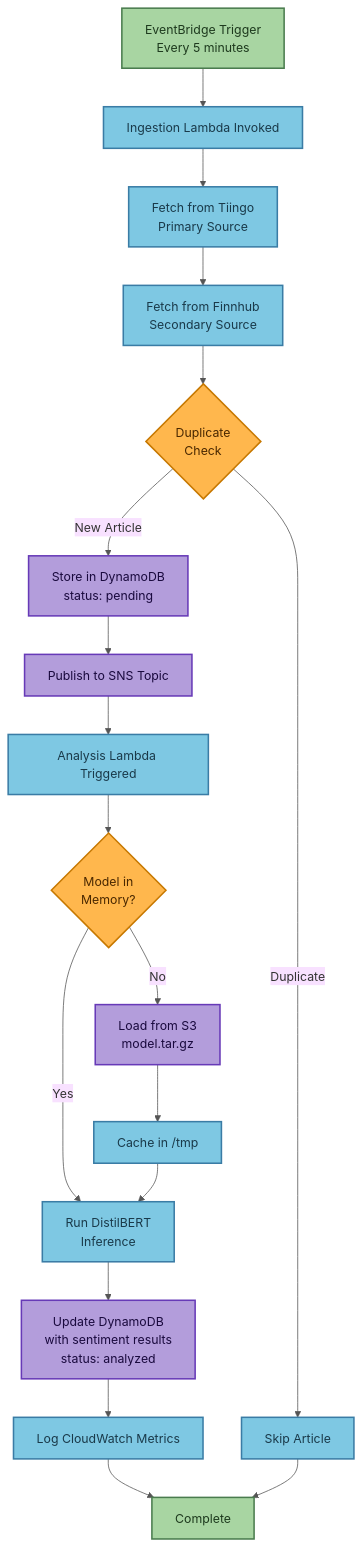
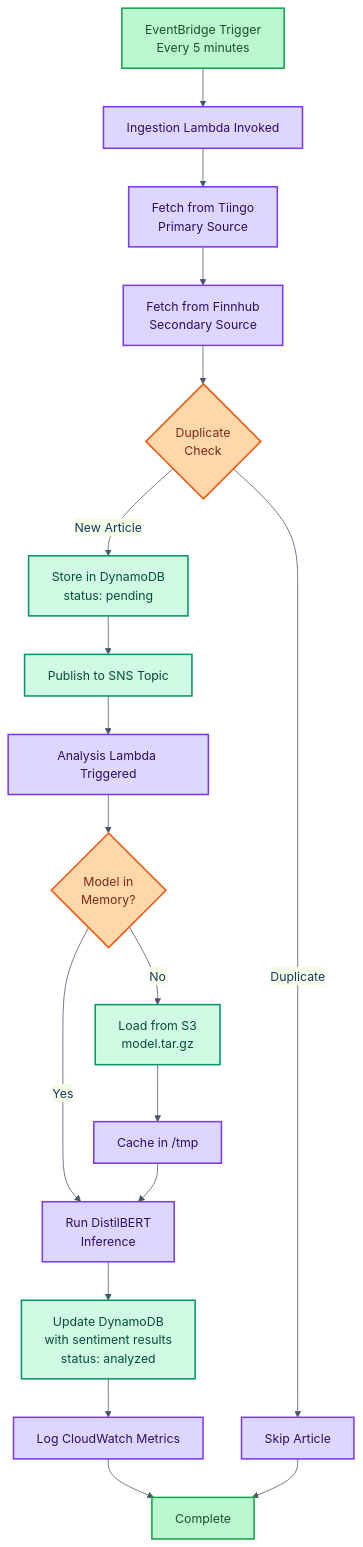
Before and after one commit to traylorre/sentiment-analyzer-gsk: the first of 10 diagrams in docs/OPERATIONAL_FLOWS.md, drawn with Mermaid. The commit also changed other lines of this file and 3 other files, not shown here.

First line of the commit message:
docs: Update all diagrams with unified WCAG-compliant color palette

````diff
--- a/docs/OPERATIONAL_FLOWS.md
+++ b/docs/OPERATIONAL_FLOWS.md
@@ -35,31 +35,31 @@
 ```mermaid
-%%{init: {'theme':'base', 'themeVariables': {'primaryColor':'#fff8e1', 'primaryTextColor':'#333', 'primaryBorderColor':'#c9a227', 'lineColor':'#555'}}}%%
+%%{init: {'theme': 'base', 'themeVariables': {'primaryColor': '#e8f4fd', 'primaryTextColor': '#1a365d', 'primaryBorderColor': '#3182ce', 'lineColor': '#4a5568'}}}%%
 flowchart TD
     Start[EventBridge Trigger<br/>Every 5 minutes] --> Ingest[Ingestion Lambda Invoked]
     Ingest --> FetchTiingo[Fetch from Tiingo<br/>Primary Source]
     FetchTiingo --> FetchFinnhub[Fetch from Finnhub<br/>Secondary Source]
     FetchFinnhub --> CheckDup{Duplicate<br/>Check}
     CheckDup -->|New Article| StoreDDB[Store in DynamoDB<br/>status: pending]
     CheckDup -->|Duplicate| Skip[Skip Article]
     StoreDDB --> PublishSNS[Publish to SNS Topic]
     PublishSNS --> AnalysisLambda[Analysis Lambda Triggered]
     AnalysisLambda --> LoadModel{Model in<br/>Memory?}
     LoadModel -->|No| FetchS3[Load from S3<br/>model.tar.gz]
     LoadModel -->|Yes| RunInference
     FetchS3 --> CacheModel[Cache in /tmp]
     CacheModel --> RunInference[Run DistilBERT<br/>Inference]
     RunInference --> UpdateDDB[Update DynamoDB<br/>with sentiment results<br/>status: analyzed]
     UpdateDDB --> LogMetrics[Log CloudWatch Metrics]
     LogMetrics --> End[Complete]
     Skip --> End
 
-    classDef successNode fill:#a8d5a2,stroke:#4a7c4e,stroke-width:2px,color:#1e3a1e
-    classDef processNode fill:#7ec8e3,stroke:#3a7ca5,stroke-width:2px,color:#1a3a4a
-    classDef decisionNode fill:#ffb74d,stroke:#c77800,stroke-width:2px,color:#4a2800
-    classDef storageNode fill:#b39ddb,stroke:#673ab7,stroke-width:2px,color:#1a0a3e
+    classDef successNode fill:#bbf7d0,stroke:#16a34a,stroke-width:2px,color:#14532d
+    classDef processNode fill:#ddd6fe,stroke:#7c3aed,stroke-width:2px,color:#2e1065
+    classDef decisionNode fill:#fed7aa,stroke:#ea580c,stroke-width:2px,color:#7c2d12
+    classDef storageNode fill:#d1fae5,stroke:#059669,stroke-width:2px,color:#064e3b
 
     class Start,End successNode
     class Ingest,AnalysisLambda,FetchTiingo,FetchFinnhub,RunInference,CacheModel,LogMetrics,Skip processNode
     class CheckDup,LoadModel decisionNode
     class StoreDDB,UpdateDDB,FetchS3,PublishSNS storageNode
 ```
````
